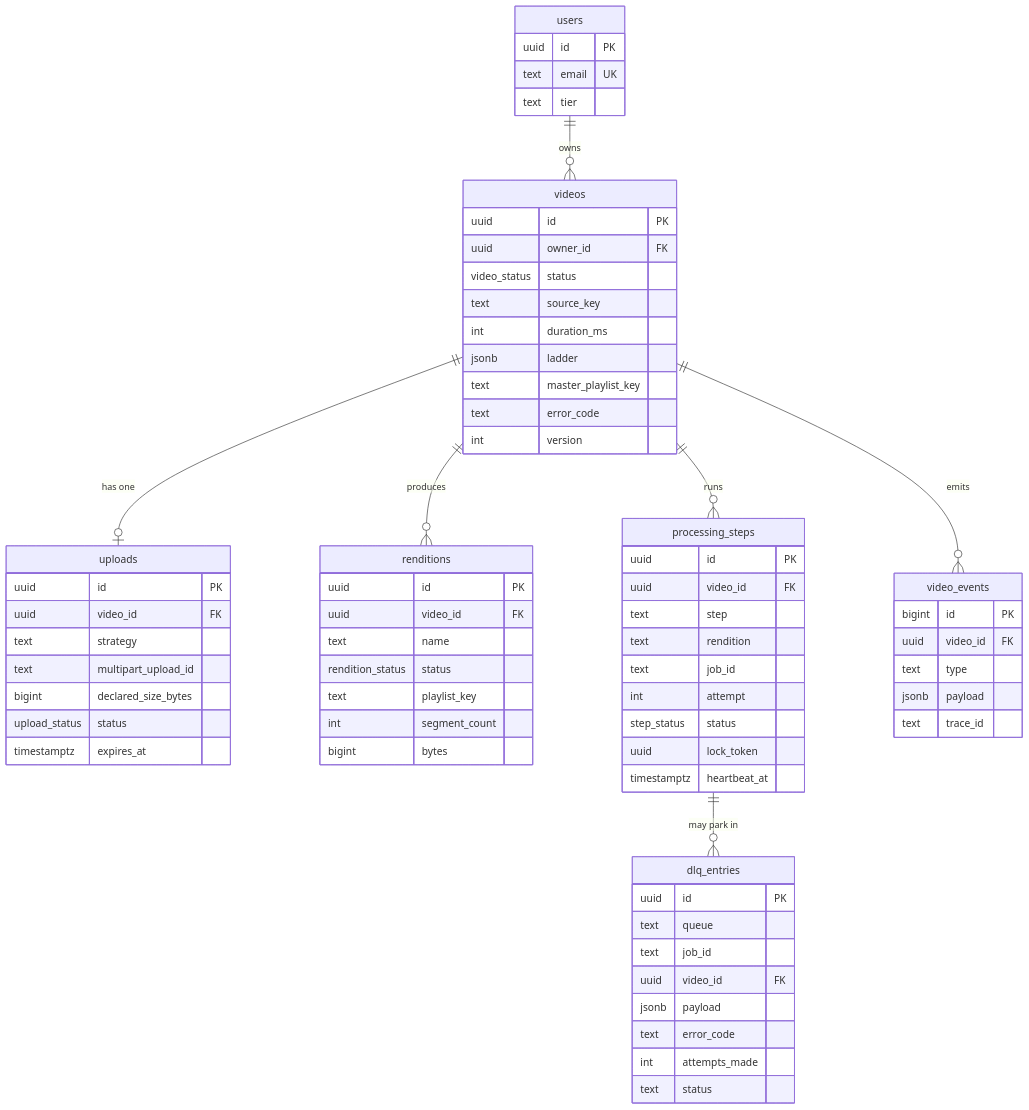
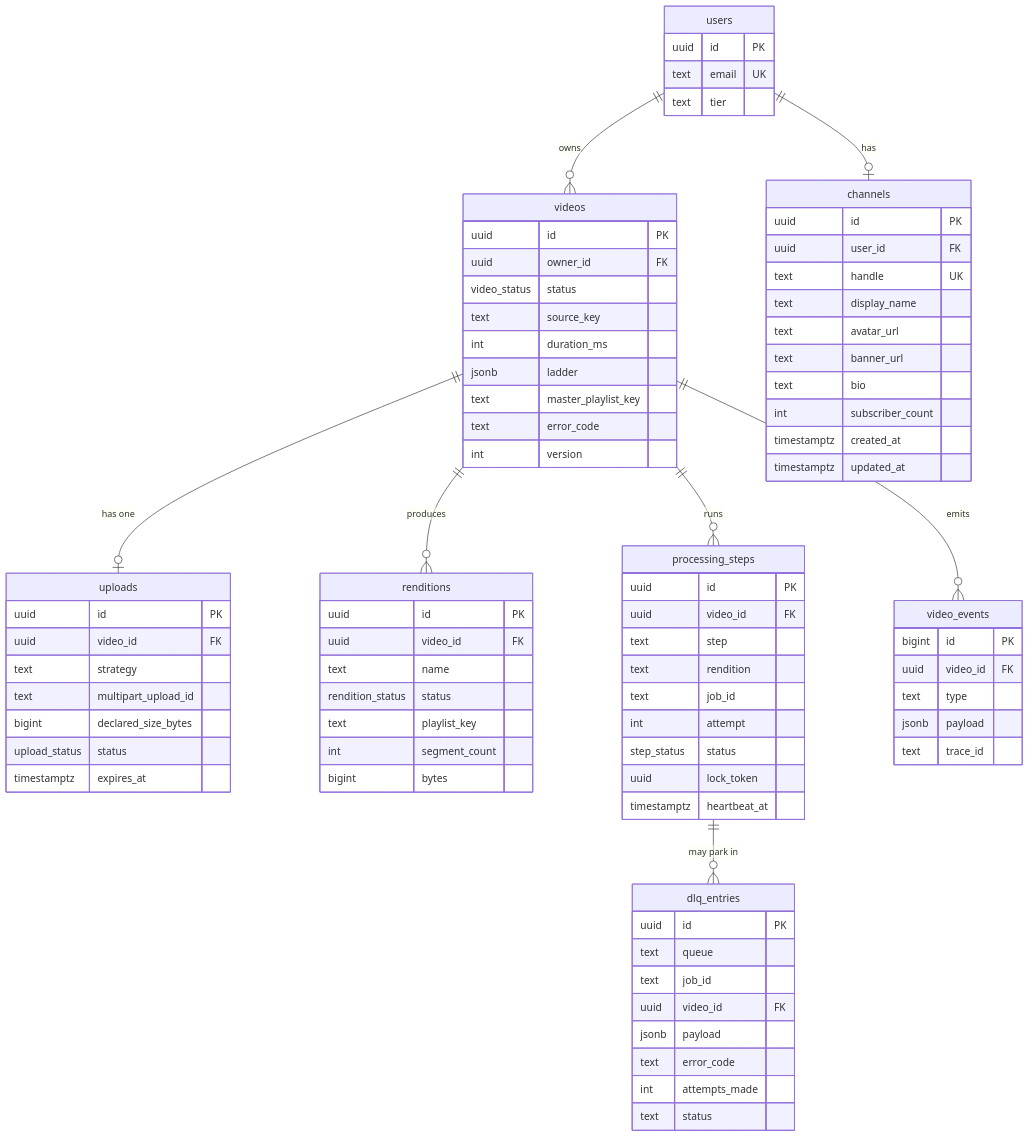
The sixth of 9 diagrams in docs/SDD.md (szebest/taitube-platform), drawn with Mermaid before and after one commit. The commit also changed other lines of this file and 46 other files, not shown here.

````diff
--- a/docs/SDD.md
+++ b/docs/SDD.md
@@ -584,6 +584,7 @@
 ```mermaid
 erDiagram
     users ||--o{ videos : owns
+    users ||--o| channels : has
     videos ||--o| uploads : "has one"
     videos ||--o{ renditions : produces
     videos ||--o{ processing_steps : runs
@@ -594,6 +595,18 @@
         uuid id PK
         text email UK
         text tier
+    }
+    channels {
+        uuid id PK
+        uuid user_id FK
+        text handle UK
+        text display_name
+        text avatar_url
+        text banner_url
+        text bio
+        int subscriber_count
+        timestamptz created_at
+        timestamptz updated_at
     }
     videos {
         uuid id PK
````
